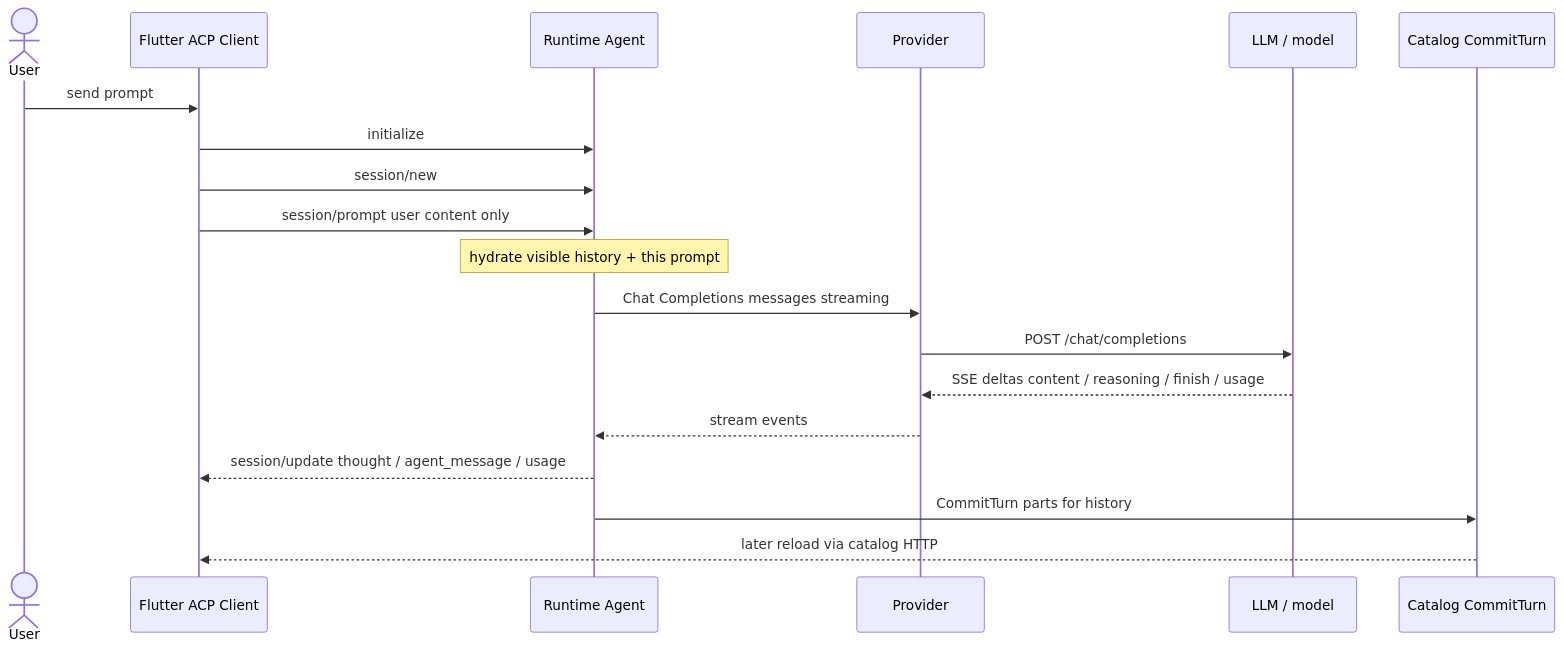
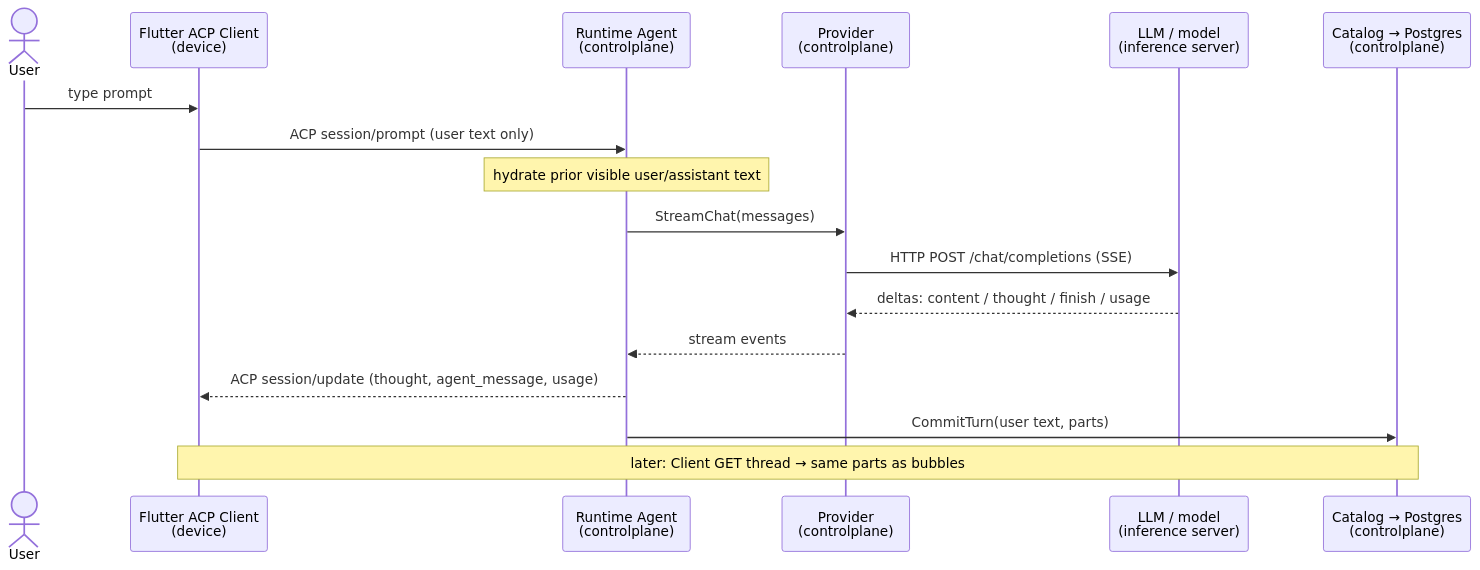
The third of 6 diagrams in docs/architecture.md (tryy3/agent-fabric), drawn with Mermaid before and after one commit. The commit also changed other lines of this file, not shown here.

Commit message:
docs: expand tool turn lifecycle with layered sequence diagram

````diff
--- a/docs/architecture.md
+++ b/docs/architecture.md
@@ -130,22 +141,20 @@
 ```mermaid
 sequenceDiagram
   actor User
-  participant Client as Flutter ACP Client
-  participant Agent as Runtime Agent
-  participant Prov as Provider
-  participant LLM as LLM / model
-  participant Catalog as Catalog CommitTurn
+  participant Client as Flutter ACP Client<br/>(device)
+  participant Agent as Runtime Agent<br/>(controlplane)
+  participant Prov as Provider<br/>(controlplane)
+  participant LLM as LLM / model<br/>(inference server)
+  participant Catalog as Catalog → Postgres<br/>(controlplane)
 
-  User->>Client: send prompt
-  Client->>Agent: initialize
-  Client->>Agent: session/new
-  Client->>Agent: session/prompt user content only
-  Note over Agent: hydrate visible history + this prompt
-  Agent->>Prov: Chat Completions messages streaming
-  Prov->>LLM: POST /chat/completions
-  LLM-->>Prov: SSE deltas content / reasoning / finish / usage
+  User->>Client: type prompt
+  Client->>Agent: ACP session/prompt (user text only)
+  Note over Agent: hydrate prior visible user/assistant text
+  Agent->>Prov: StreamChat(messages)
+  Prov->>LLM: HTTP POST /chat/completions (SSE)
+  LLM-->>Prov: deltas: content / thought / finish / usage
   Prov-->>Agent: stream events
-  Agent-->>Client: session/update thought / agent_message / usage
-  Agent->>Catalog: CommitTurn parts for history
-  Catalog-->>Client: later reload via catalog HTTP
+  Agent-->>Client: ACP session/update (thought, agent_message, usage)
+  Agent->>Catalog: CommitTurn(user text, parts)
+  Note over Client,Catalog: later: Client GET thread → same parts as bubbles
 ```
````
